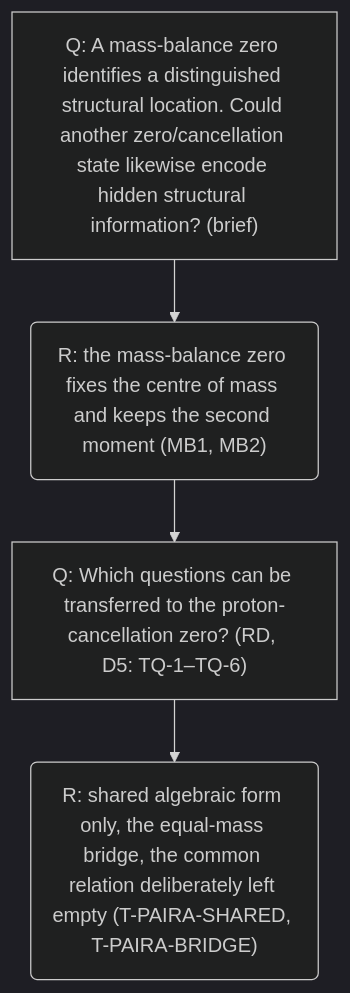
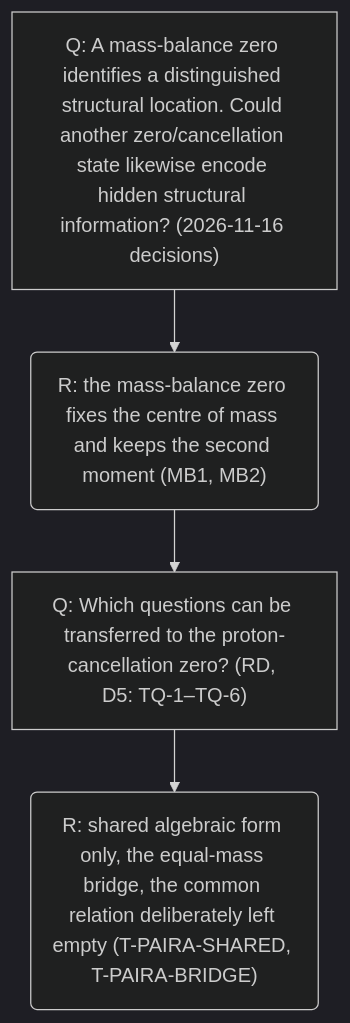
The fifth of 11 diagrams in research/canonical_story.md (nadiapriyam/ENERGEO), drawn with Mermaid (dark theme) before and after one commit. The commit also changed other lines of this file and 18 other files, not shown here.

````diff
--- a/research/canonical_story.md
+++ b/research/canonical_story.md
@@ -212,10 +281,10 @@
 ```mermaid
 flowchart TD
-  PA0["Q: A mass-balance zero identifies a distinguished structural location. Could another zero/cancellation state likewise encode hidden structural information? (brief)"]
+  PA0["Q: A mass-balance zero identifies a distinguished structural location. Could another zero/cancellation state likewise encode hidden structural information? (2026-11-16 decisions)"]
   PA1("R: the mass-balance zero fixes the centre of mass and keeps the second moment (MB1, MB2)")
   PA0 --> PA1
   PA2["Q: Which questions can be transferred to the proton-cancellation zero? (RD, D5: TQ-1–TQ-6)"]
   PA1 --> PA2
   PA3("R: shared algebraic form only, the equal-mass bridge, the common relation deliberately left empty (T-PAIRA-SHARED, T-PAIRA-BRIDGE)")
   PA2 --> PA3
 ```
````
